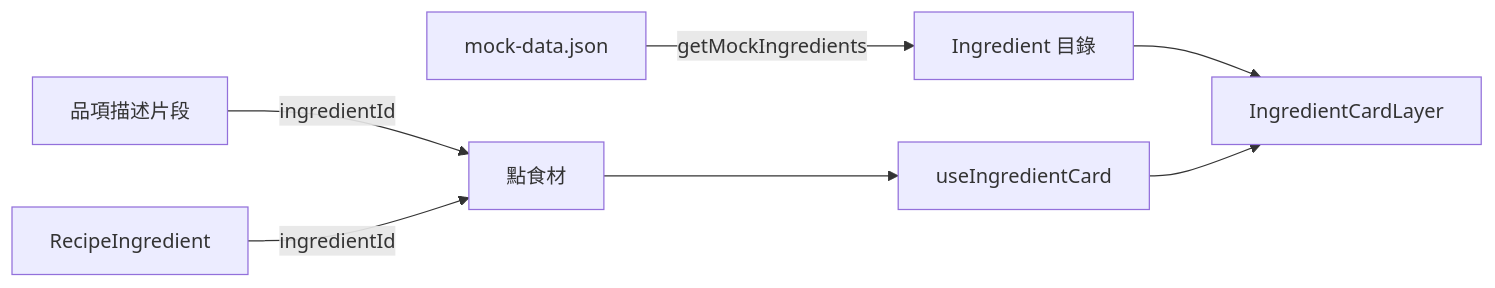
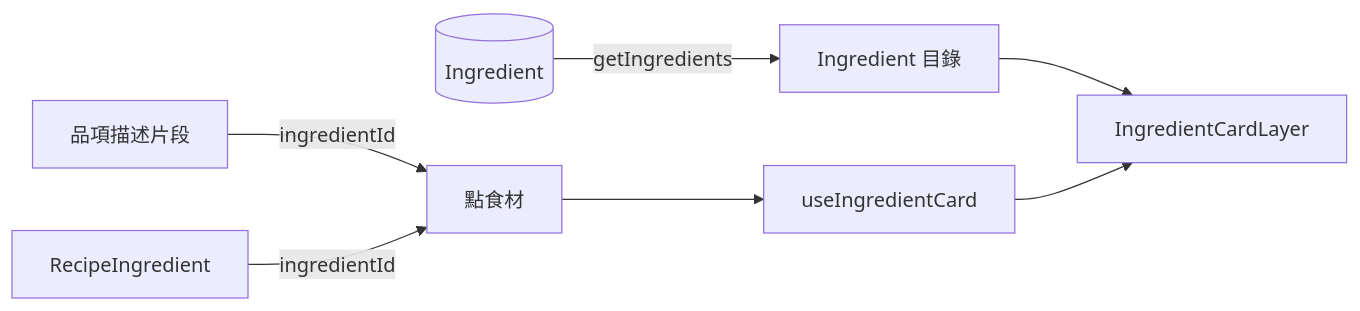
Before and after one commit to piercelin11/epifolio: the first of 2 diagrams in docs/features/ingredient-card.md, drawn with Mermaid. The commit also changed other lines of this file and 9 other files, not shown here.

````diff
--- a/docs/features/ingredient-card.md
+++ b/docs/features/ingredient-card.md
@@ -23,9 +23,9 @@
 ```mermaid
 flowchart LR
-    JSON[mock-data.json] -->|getMockIngredients| CAT[Ingredient 目錄]
+    DB[(Ingredient)] -->|getIngredients| CAT[Ingredient 目錄]
     MENU[品項描述片段] -->|ingredientId| PICK[點食材]
     RECIPE[RecipeIngredient] -->|ingredientId| PICK
     PICK --> HOOK[useIngredientCard]
     CAT --> LAYER[IngredientCardLayer]
     HOOK --> LAYER
 ```
````
